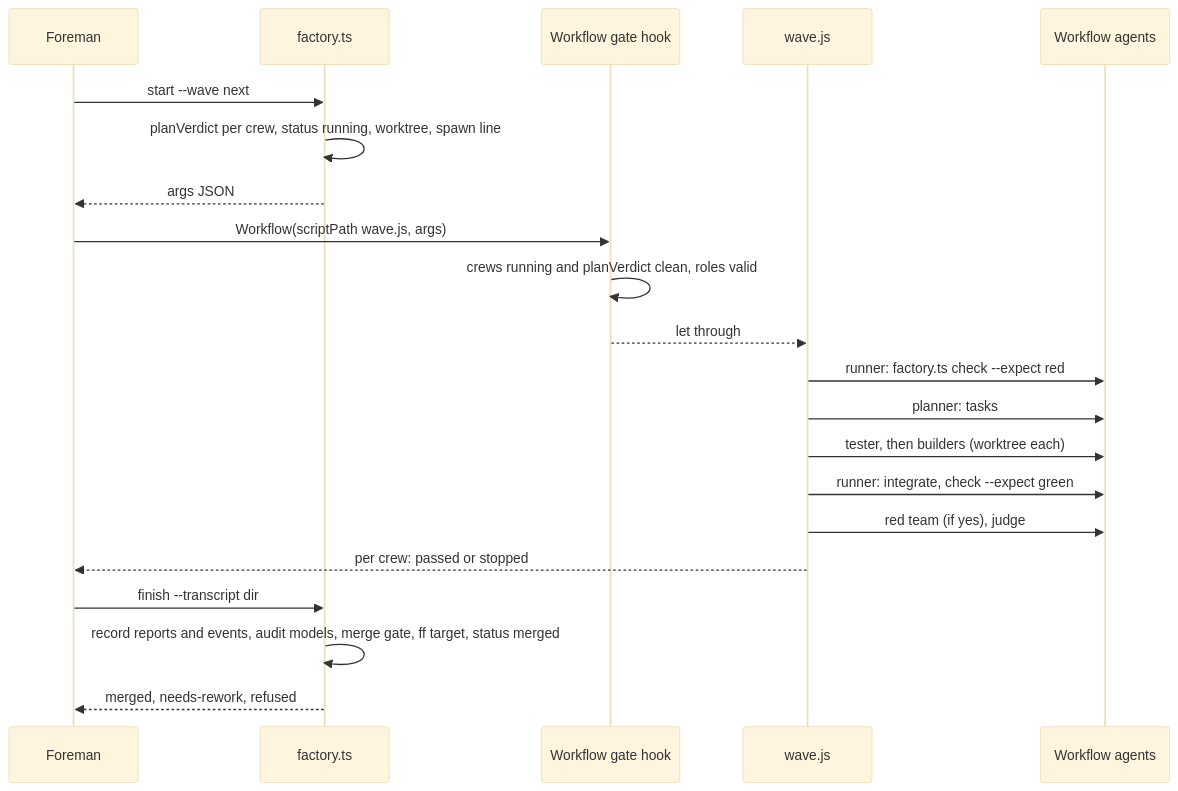
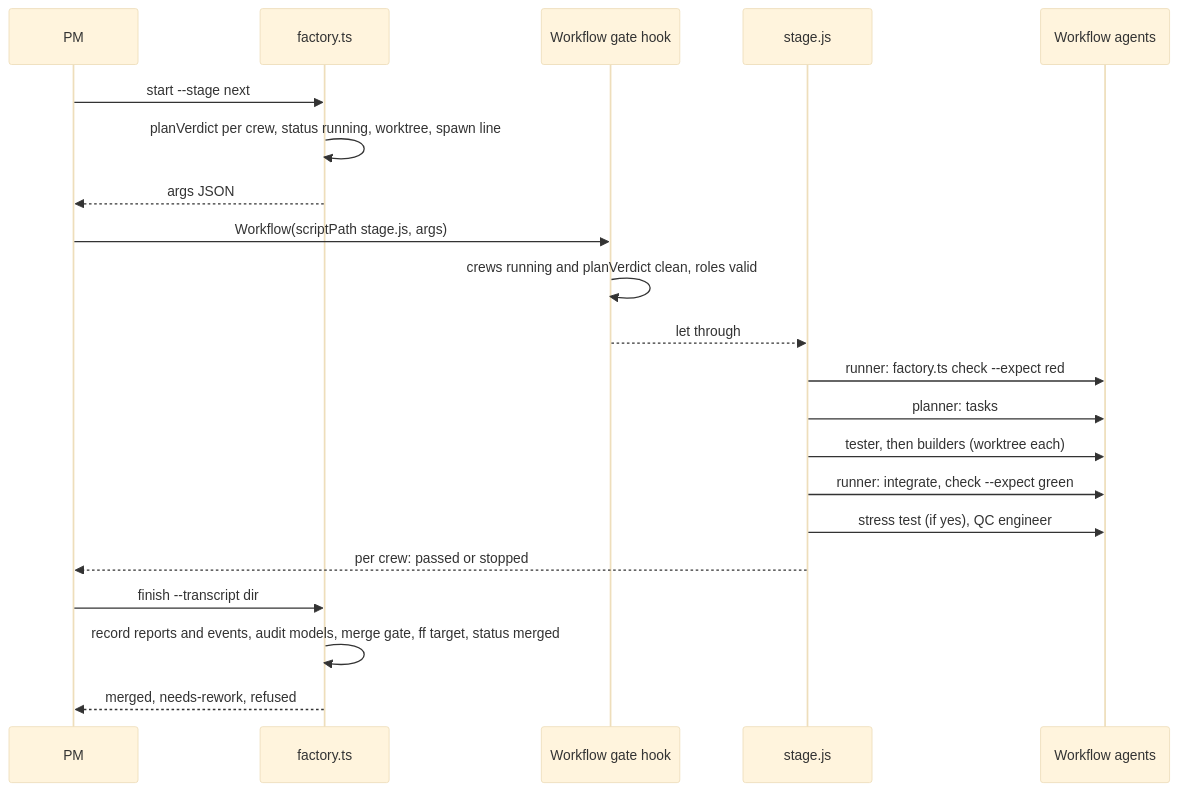
The second of 2 diagrams in docs/adr/0009-workflow-factory.md (AbhiramDwivedi/truss), drawn with Mermaid (base theme) before and after one commit. The commit also changed other lines of this file and 61 other files, not shown here.

````diff
--- a/docs/adr/0009-workflow-factory.md
+++ b/docs/adr/0009-workflow-factory.md
@@ -117,23 +117,23 @@
 ```mermaid
 sequenceDiagram
-  participant F as Foreman
+  participant F as PM
   participant C as factory.ts
   participant H as Workflow gate hook
-  participant W as wave.js
+  participant W as stage.js
   participant A as Workflow agents
-  F->>C: start --wave next
+  F->>C: start --stage next
   C->>C: planVerdict per crew, status running, worktree, spawn line
   C-->>F: args JSON
-  F->>H: Workflow(scriptPath wave.js, args)
+  F->>H: Workflow(scriptPath stage.js, args)
   H->>H: crews running and planVerdict clean, roles valid
   H-->>W: let through
   W->>A: runner: factory.ts check --expect red
   W->>A: planner: tasks
   W->>A: tester, then builders (worktree each)
   W->>A: runner: integrate, check --expect green
-  W->>A: red team (if yes), judge
+  W->>A: stress test (if yes), QC engineer
   W-->>F: per crew: passed or stopped
   F->>C: finish --transcript dir
   C->>C: record reports and events, audit models, merge gate, ff target, status merged
   C-->>F: merged, needs-rework, refused
 ```
````
